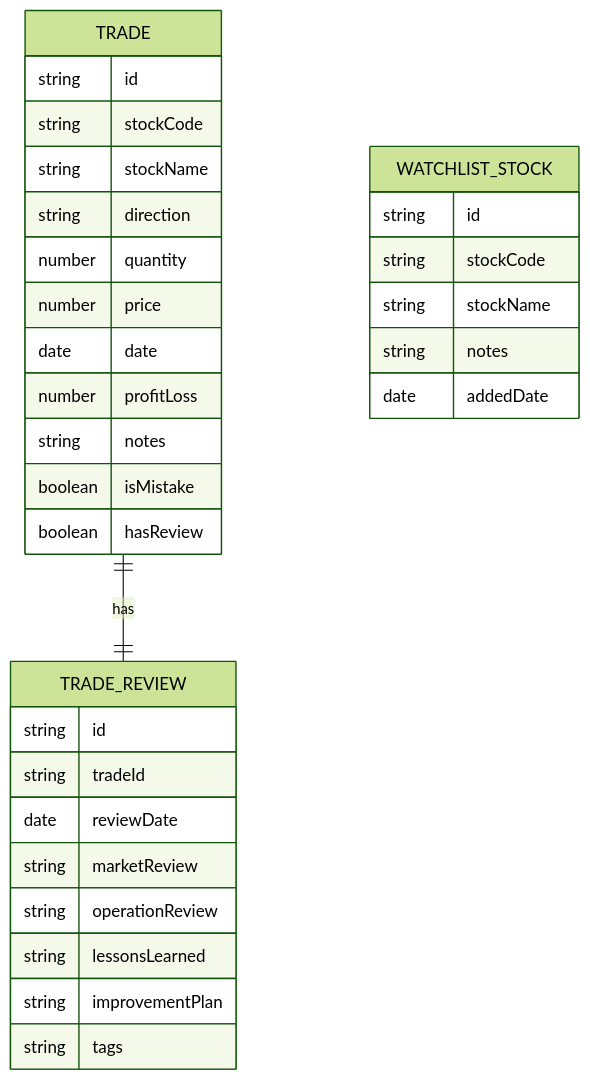
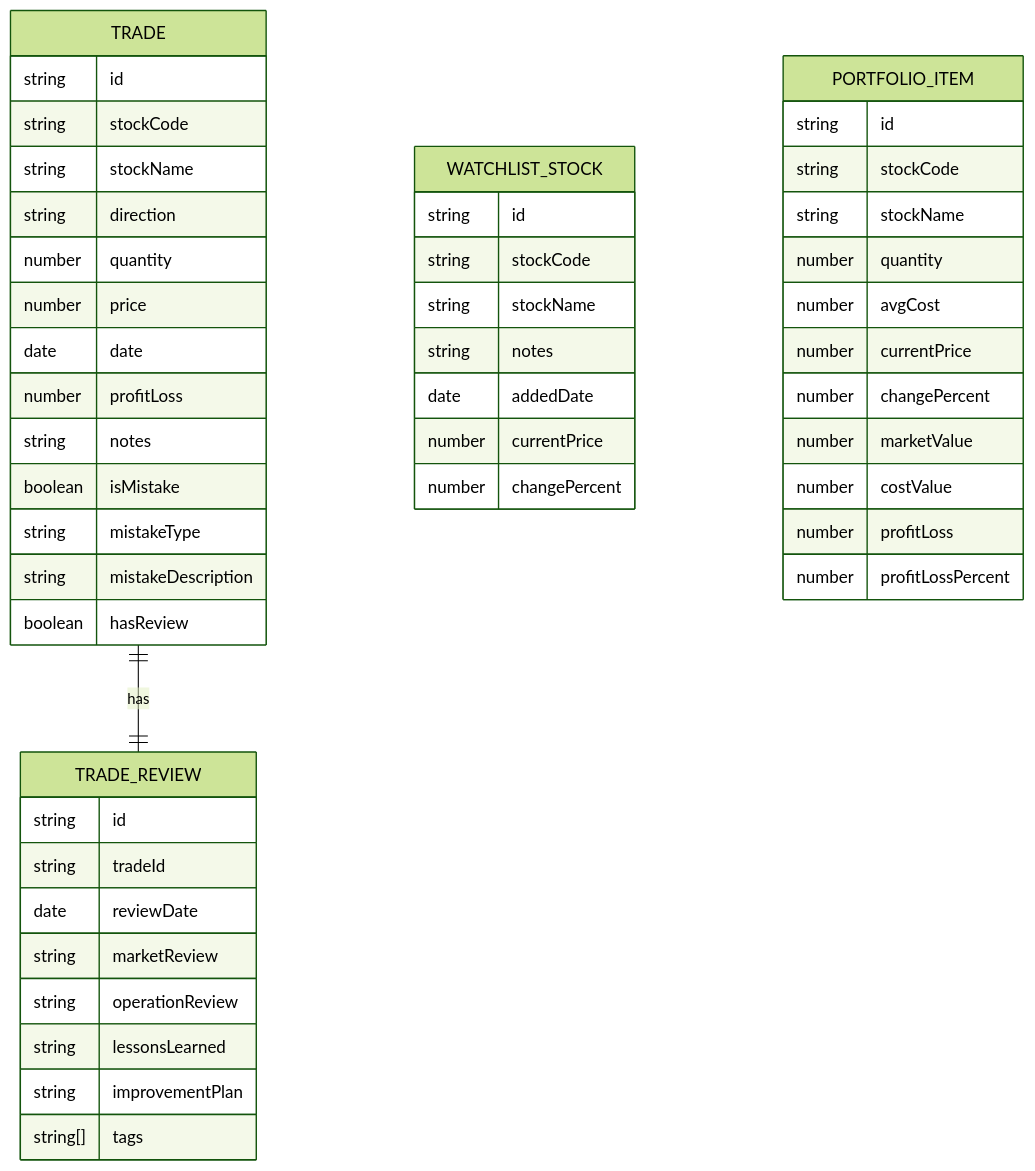
Before and after one commit to MoyeRon/stock-trading-journal: the second of 2 diagrams in .trae/documents/arch.md, drawn with Mermaid (forest theme). The commit also changed other lines of this file and 1 other file, not shown here.

````diff
--- a/.trae/documents/arch.md
+++ b/.trae/documents/arch.md
@@ -52,34 +83,51 @@
 ```mermaid
 erDiagram
     TRADE ||--|| TRADE_REVIEW : has
     TRADE {
         string id
         string stockCode
         string stockName
         string direction
         number quantity
         number price
         date date
         number profitLoss
         string notes
         boolean isMistake
+        string mistakeType
+        string mistakeDescription
         boolean hasReview
     }
     TRADE_REVIEW {
         string id
         string tradeId
         date reviewDate
         string marketReview
         string operationReview
         string lessonsLearned
         string improvementPlan
-        string tags
+        string[] tags
     }
     WATCHLIST_STOCK {
         string id
         string stockCode
         string stockName
         string notes
         date addedDate
+        number currentPrice
+        number changePercent
+    }
+    PORTFOLIO_ITEM {
+        string id
+        string stockCode
+        string stockName
+        number quantity
+        number avgCost
+        number currentPrice
+        number changePercent
+        number marketValue
+        number costValue
+        number profitLoss
+        number profitLossPercent
     }
 ```
````
